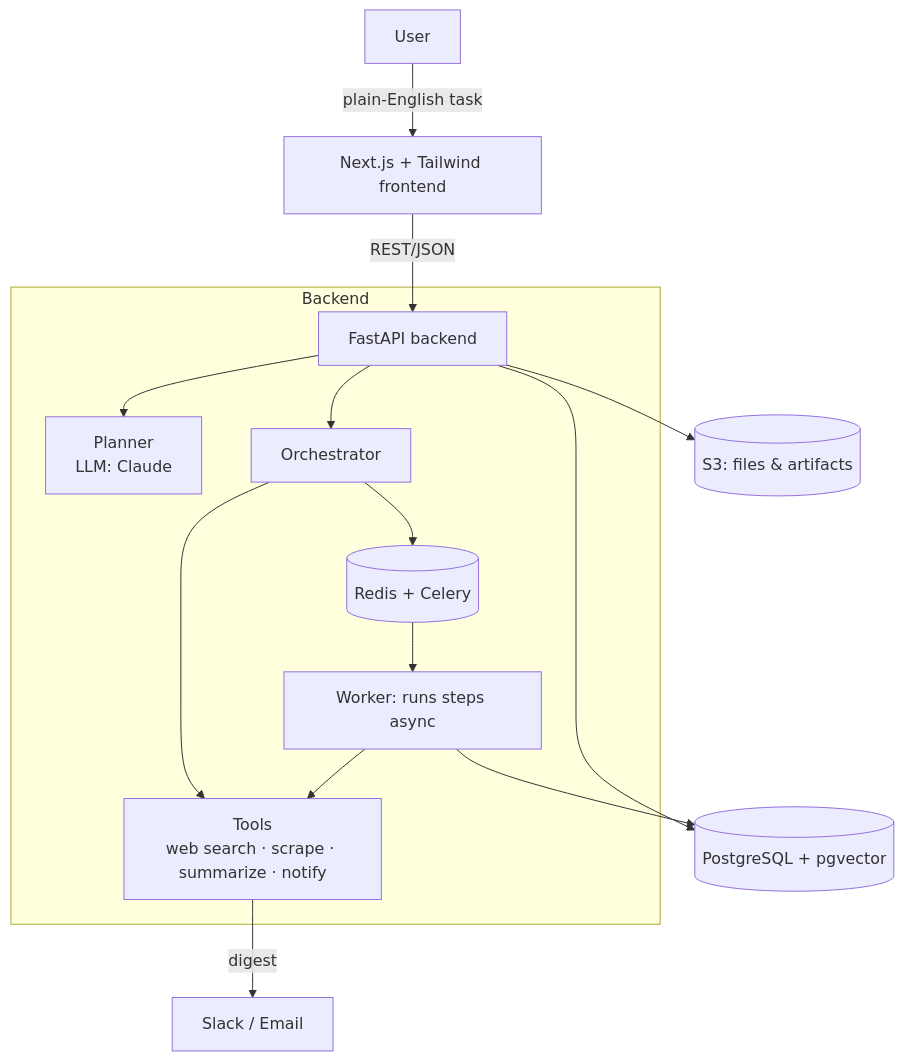
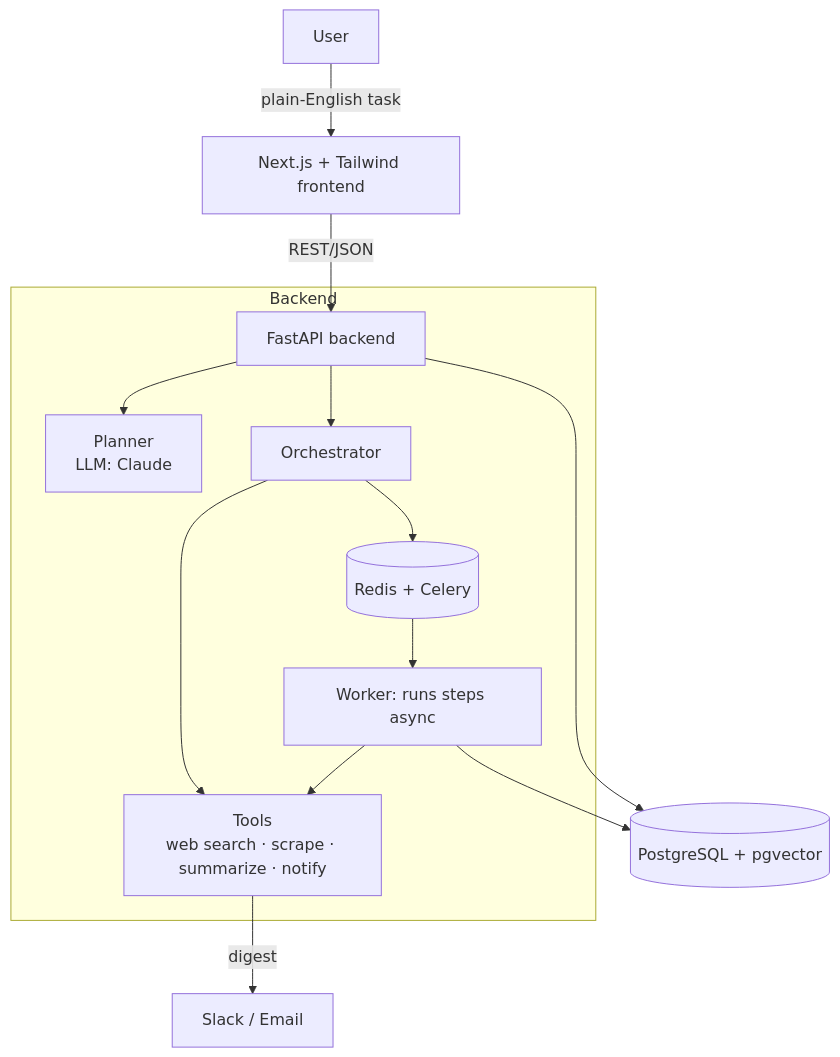
The diagram in docs/architecture.md (Ishant2004/ai-workflow-copilot), drawn with Mermaid before and after one commit. The commit also changed other lines of this file and 14 other files, not shown here.

````diff
--- a/docs/architecture.md
+++ b/docs/architecture.md
@@ -5,19 +5,18 @@
 ```mermaid
 flowchart TD
     U[User] -->|plain-English task| FE[Next.js + Tailwind frontend]
     FE -->|REST/JSON| API[FastAPI backend]
 
     subgraph Backend
         API --> PLAN[Planner<br/>LLM: Claude]
         API --> ORCH[Orchestrator]
         ORCH --> TOOLS[Tools<br/>web search · scrape · summarize · notify]
         ORCH --> QUEUE[(Redis + Celery)]
         QUEUE --> WORKER[Worker: runs steps async]
         WORKER --> TOOLS
     end
 
     API --> DB[(PostgreSQL + pgvector)]
     WORKER --> DB
     TOOLS -->|digest| OUT[Slack / Email]
-    API --> S3[(S3: files & artifacts)]
 ```
````
